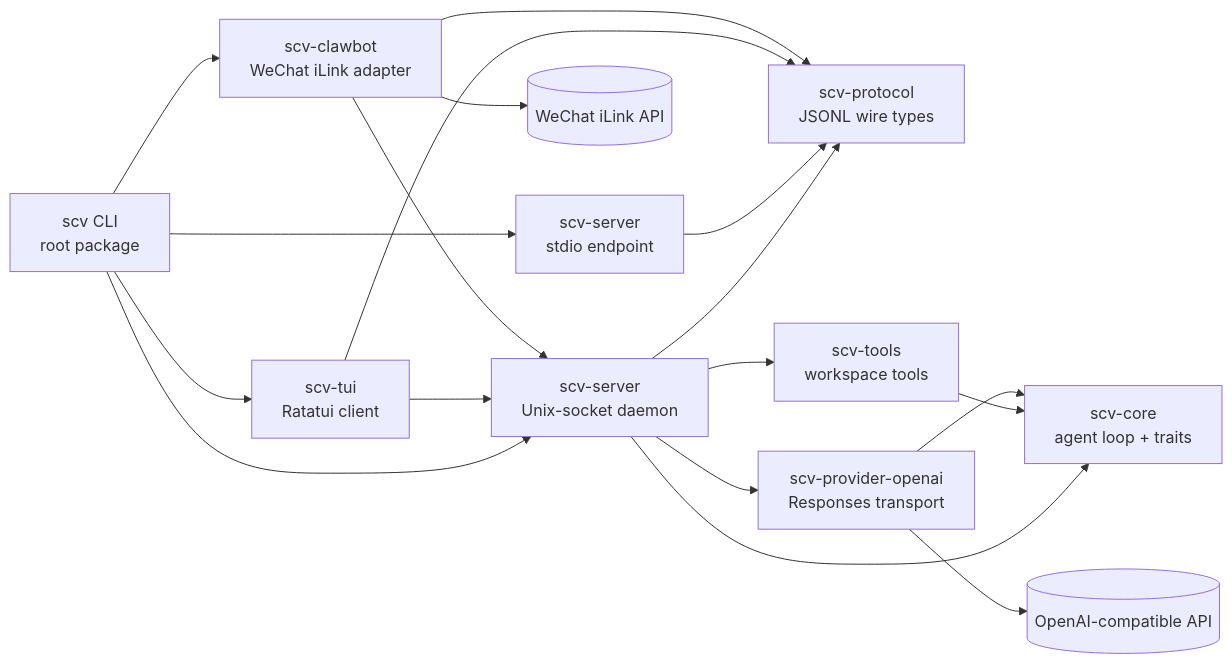
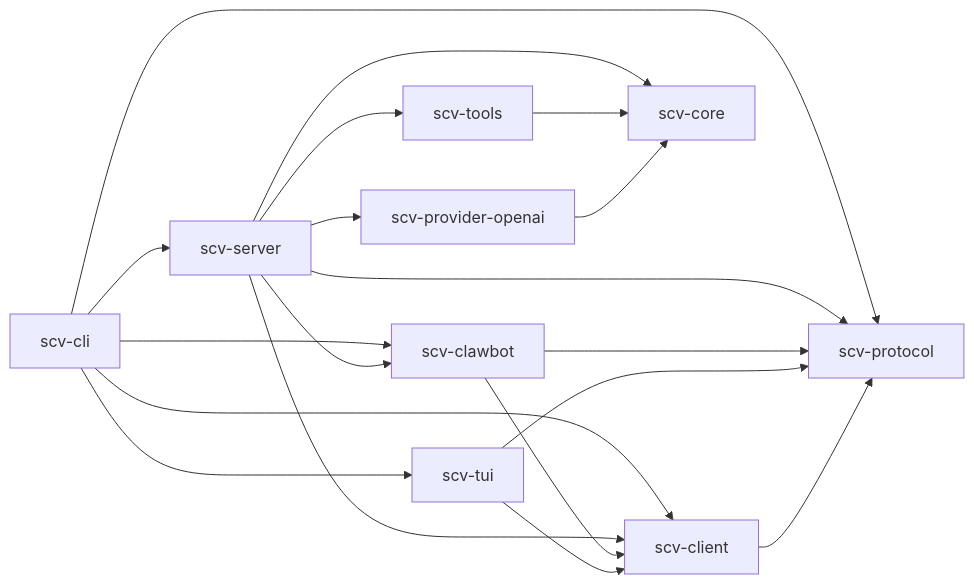
Before and after one commit to PeiyuanQi/scv: the diagram in docs/architecture.md, drawn with Mermaid. The commit also changed other lines of this file and 29 other files, not shown here.

````diff
--- a/docs/architecture.md
+++ b/docs/architecture.md
@@ -62,32 +15,21 @@
 ```mermaid
 flowchart LR
-    cli["scv CLI\nroot package"]
-    tui["scv-tui\nRatatui client"]
-    claw["scv-clawbot\nWeChat iLink adapter"]
-    daemon["scv-server\nUnix-socket daemon"]
-    stdio["scv-server\nstdio endpoint"]
-    protocol["scv-protocol\nJSONL wire types"]
-    core["scv-core\nagent loop + traits"]
-    tools["scv-tools\nworkspace tools"]
-    provider["scv-provider-openai\nResponses transport"]
-    model[("OpenAI-compatible API")]
-    wechat[("WeChat iLink API")]
-
-    cli --> tui
-    cli --> claw
-    cli --> daemon
-    tui --> daemon
-    claw --> daemon
-    claw --> wechat
-    cli --> stdio
-    daemon --> protocol
-    stdio --> protocol
+    cli["scv-cli"] --> server["scv-server"]
+    cli --> tui["scv-tui"]
+    cli --> clawbot["scv-clawbot"]
+    cli --> client["scv-client"]
+    cli --> protocol["scv-protocol"]
+    server --> clawbot
+    server --> client
+    server --> protocol
+    server --> core["scv-core"]
+    server --> tools["scv-tools"]
+    server --> provider["scv-provider-openai"]
+    clawbot --> client
+    clawbot --> protocol
+    tui --> client
     tui --> protocol
-    claw --> protocol
-    daemon --> core
-    daemon --> tools
-    daemon --> provider
+    client --> protocol
     tools --> core
     provider --> core
-    provider --> model
 ```
````
